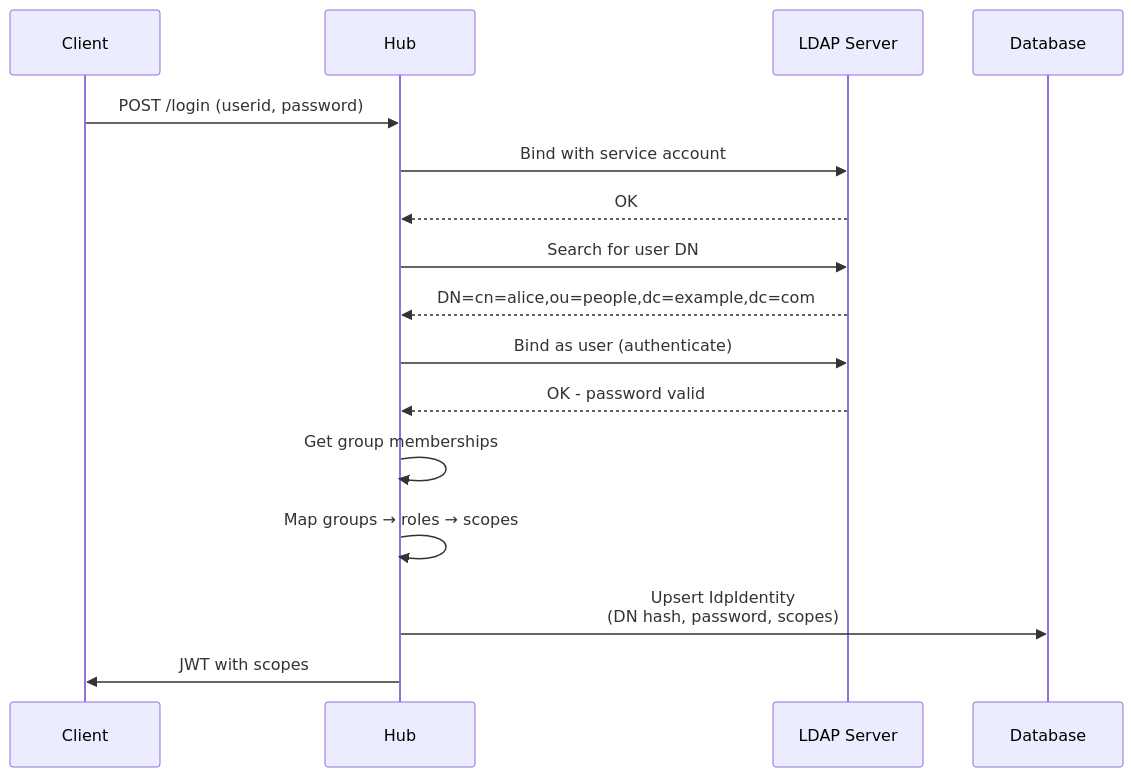
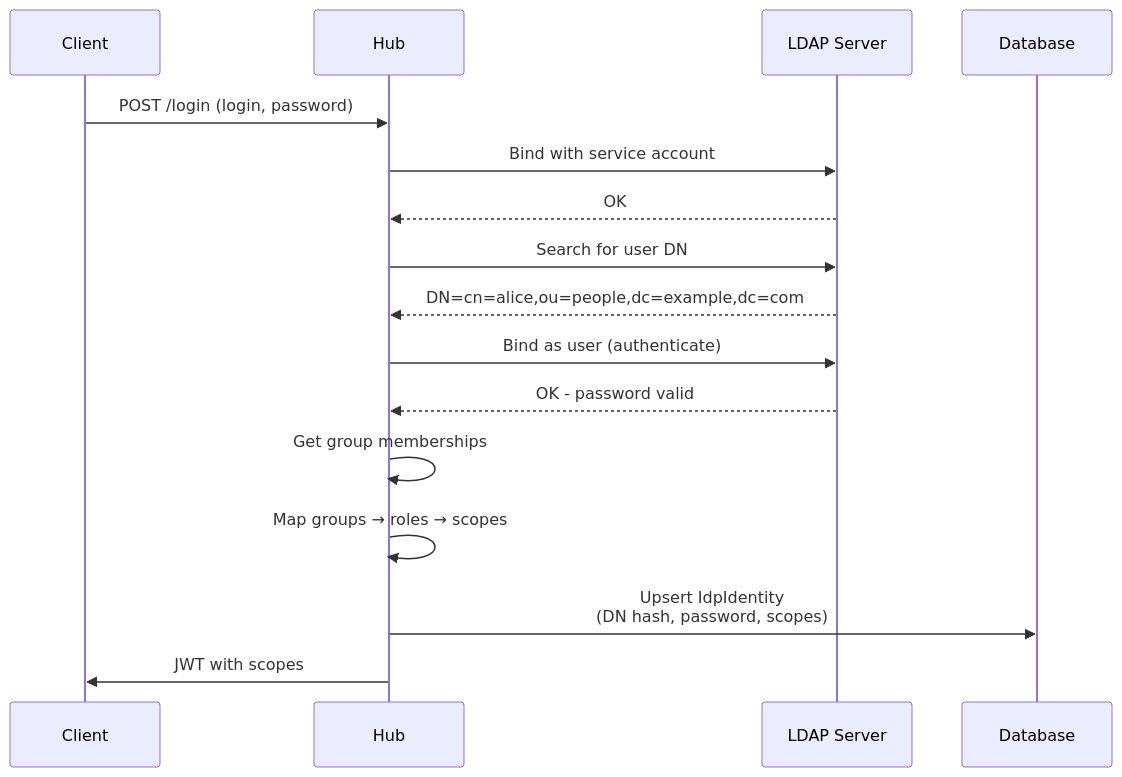
One commit to konveyor/tackle2-hub changed diagram 11 of 12 in internal/auth/README.md. Above: the diagram before and after it, drawn with Mermaid. The commit also changed other lines of this file and 22 other files, not shown here.

Commit message:
userid renamed: login.

````diff
--- a/internal/auth/README.md
+++ b/internal/auth/README.md
@@ -775,23 +776,23 @@
 ```mermaid
 sequenceDiagram
     participant Client
     participant Hub
     participant LDAP as LDAP Server
     participant Database
     
-    Client->>Hub: POST /login (userid, password)
+    Client->>Hub: POST /login (login, password)
     Hub->>LDAP: Bind with service account
     LDAP-->>Hub: OK
     
     Hub->>LDAP: Search for user DN
     LDAP-->>Hub: DN=cn=alice,ou=people,dc=example,dc=com
     
     Hub->>LDAP: Bind as user (authenticate)
     LDAP-->>Hub: OK - password valid
     
     Hub->>Hub: Get group memberships
     Hub->>Hub: Map groups → roles → scopes
     
     Hub->>Database: Upsert IdpIdentity<br/>(DN hash, password, scopes)
     Hub->>Client: JWT with scopes
 ```
````
